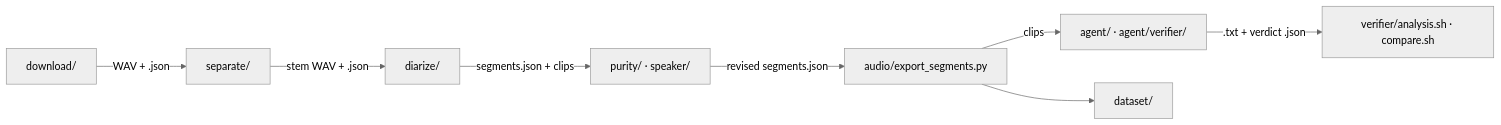
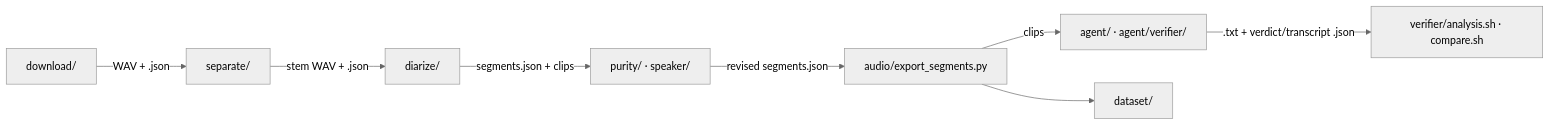
One commit to tungnguyenlam/audio-prepare-pipeline-redo changed the diagram in docs/README.md. Above: the diagram before and after it, drawn with Mermaid (neutral theme). The commit also changed 22 other files, not shown here.

````diff
--- a/docs/README.md
+++ b/docs/README.md
@@ -17,10 +17,10 @@
 ```mermaid
 flowchart LR
     DL["download/"] -->|"WAV + .json"| SEP["separate/"]
     SEP -->|"stem WAV + .json"| DIA["diarize/"]
     DIA -->|"segments.json + clips"| PUR["purity/ · speaker/"]
     PUR -->|"revised segments.json"| EXP["audio/export_segments.py"]
     EXP -->|"clips"| AG["agent/ · agent/verifier/"]
     EXP --> DS["dataset/"]
-    AG -->|".txt + verdict .json"| AN["verifier/analysis.sh · compare.sh"]
+    AG -->|".txt + verdict/transcript .json"| AN["verifier/analysis.sh · compare.sh"]
 ```
````
